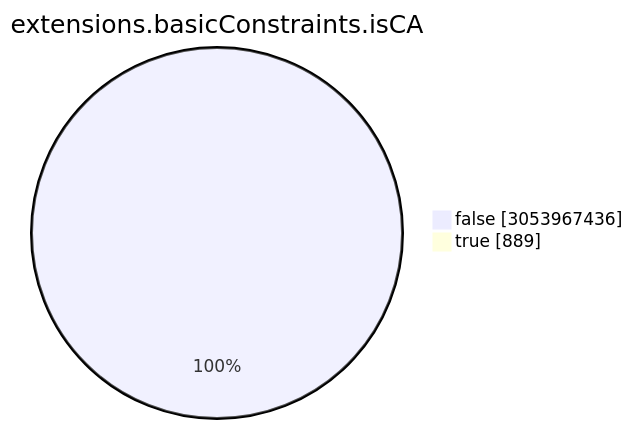
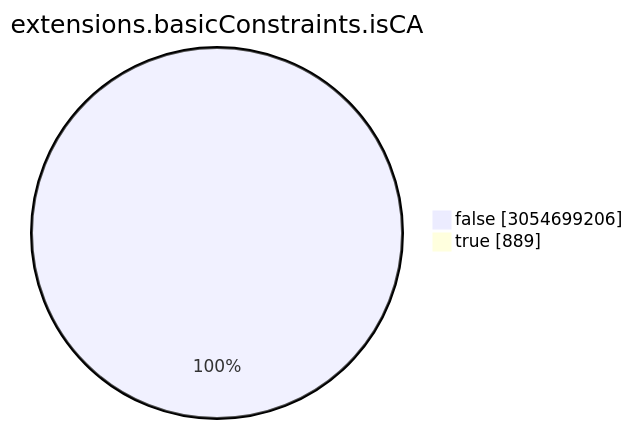
The seventh of 15 diagrams in TOTAL/README.md (christiankrug/ctmonitor_visualization), drawn with Mermaid before and after one commit. The commit also changed other lines of this file, not shown here.

````diff
--- a/TOTAL/README.md
+++ b/TOTAL/README.md
@@ -3088,6 +3088,6 @@
 ```mermaid
 pie showData
 title extensions.basicConstraints.isCA
-"false" :3053967436
+"false" :3054699206
 "true" :889
 ```
````
